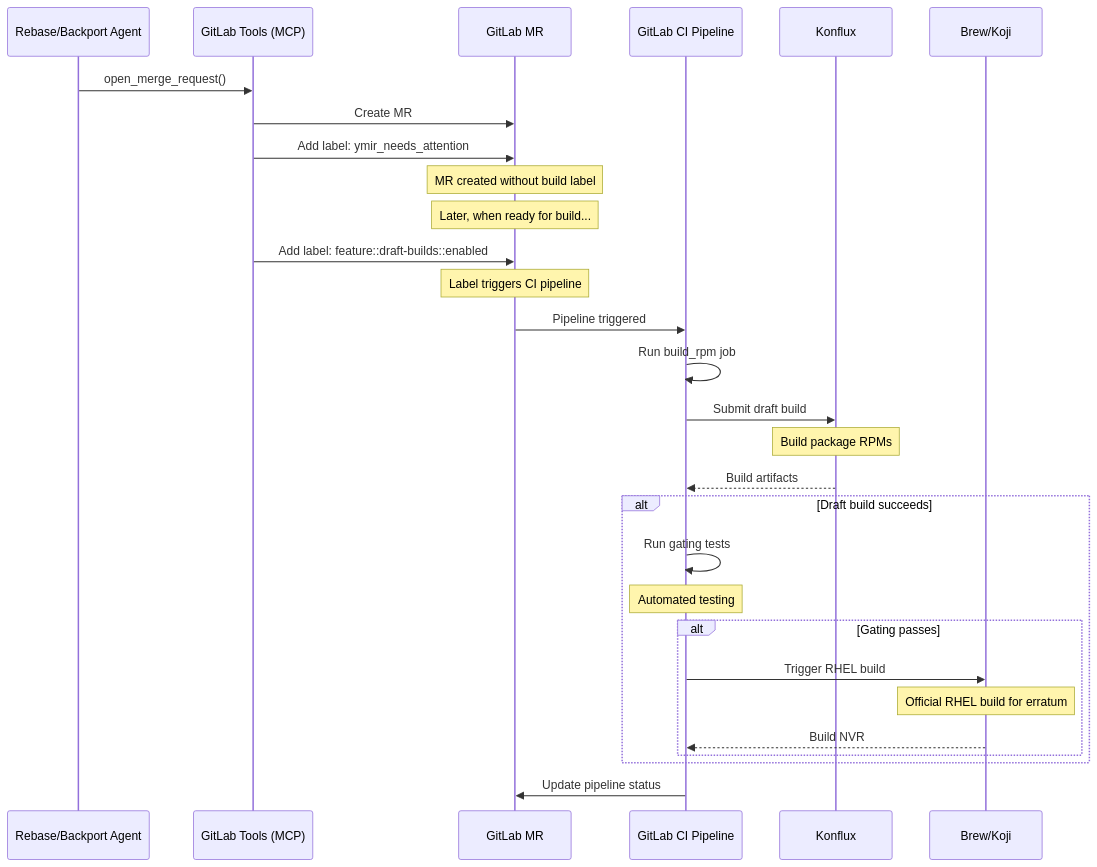
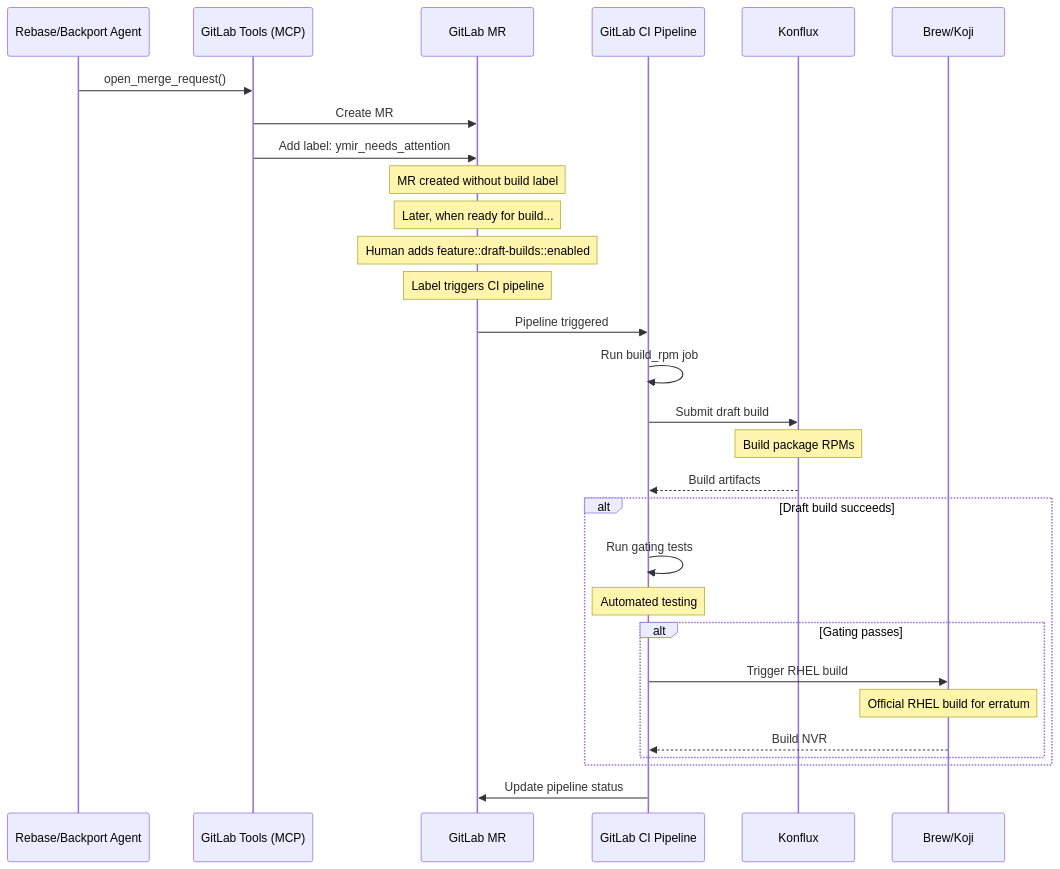
One commit to packit/ai-workflows changed the second of 4 diagrams in brew_konflux_data_flow.md. Above: the diagram before and after it, drawn with Mermaid. The commit also changed other lines of this file and 19 other files, not shown here.

````diff
--- a/brew_konflux_data_flow.md
+++ b/brew_konflux_data_flow.md
@@ -53,39 +71,39 @@
 ```mermaid
 sequenceDiagram
     participant Agent as Rebase/Backport Agent
     participant MCP as GitLab Tools (MCP)
     participant MR as GitLab MR
     participant CI as GitLab CI Pipeline
     participant Konflux
     participant Brew as Brew/Koji
 
     Agent->>MCP: open_merge_request()
     MCP->>MR: Create MR
     MCP->>MR: Add label: ymir_needs_attention
     Note over MR: MR created without build label
 
     Note over MR: Later, when ready for build...
 
-    MCP->>MR: Add label: feature::draft-builds::enabled
+    Note over MR: Human adds feature::draft-builds::enabled
     Note over MR: Label triggers CI pipeline
 
     MR->>CI: Pipeline triggered
     CI->>CI: Run build_rpm job
 
     CI->>Konflux: Submit draft build
     Note over Konflux: Build package RPMs
     Konflux-->>CI: Build artifacts
 
     alt Draft build succeeds
         CI->>CI: Run gating tests
         Note over CI: Automated testing
 
         alt Gating passes
             CI->>Brew: Trigger RHEL build
             Note over Brew: Official RHEL build for erratum
             Brew-->>CI: Build NVR
         end
     end
 
     CI->>MR: Update pipeline status
 ```
````
